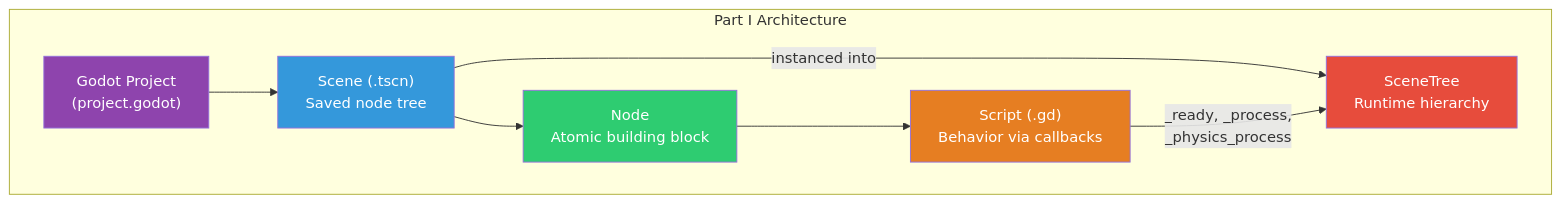
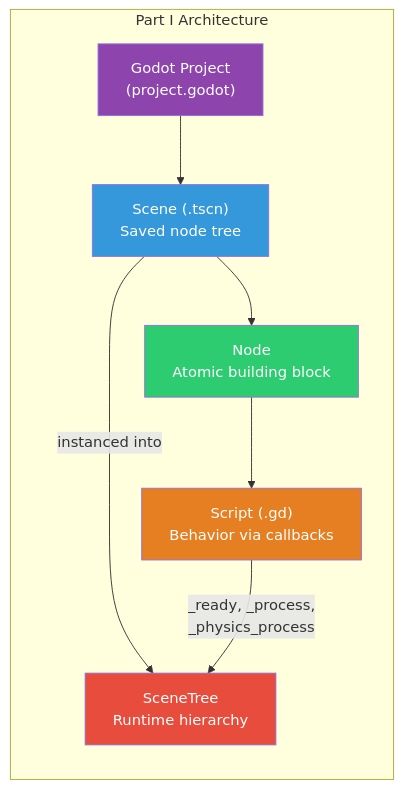
One commit to Jorge-D-Robles/gemini-fantasy changed the first of 2 diagrams in tutorial/04_part_i_review.md. Above: the diagram before and after it, drawn with Mermaid.

Commit message:
docs: enforce TD layout for Part 1 Architecture diagram

````diff
--- a/tutorial/04_part_i_review.md
+++ b/tutorial/04_part_i_review.md
@@ -39,22 +39,23 @@
 ```mermaid
 graph TD
     subgraph "Part I Architecture"
+        direction TD
         Project["Godot Project\n(project.godot)"]
         Scene["Scene (.tscn)\nSaved node tree"]
         Node["Node\nAtomic building block"]
         Script["Script (.gd)\nBehavior via callbacks"]
         Tree["SceneTree\nRuntime hierarchy"]
+
+        Project --> Scene
+        Scene --> Node
+        Node --> Script
+        Scene --> |"instanced into"| Tree
+        Script --> |"_ready, _process,\n_physics_process"| Tree
     end
-
-    Project --> Scene
-    Scene --> Node
-    Node --> Script
-    Scene --> |"instanced into"| Tree
-    Script --> |"_ready, _process,\n_physics_process"| Tree
 
     style Project fill:#8e44ad,color:#fff
     style Scene fill:#3498db,color:#fff
     style Node fill:#2ecc71,color:#fff
     style Script fill:#e67e22,color:#fff
     style Tree fill:#e74c3c,color:#fff
 ```
````
